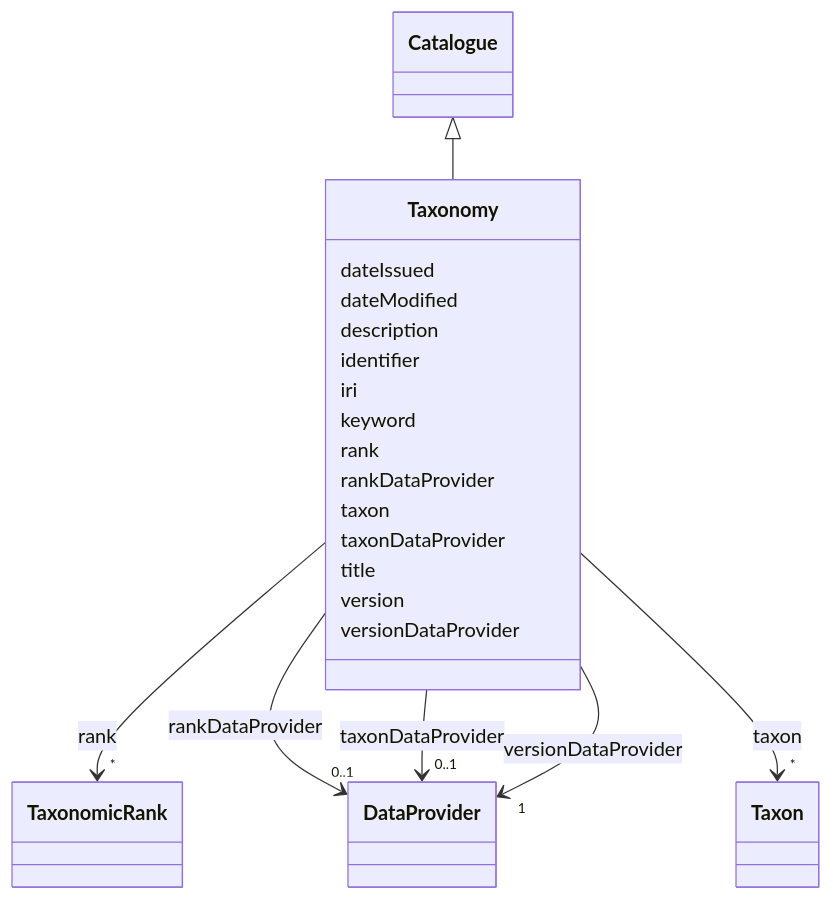
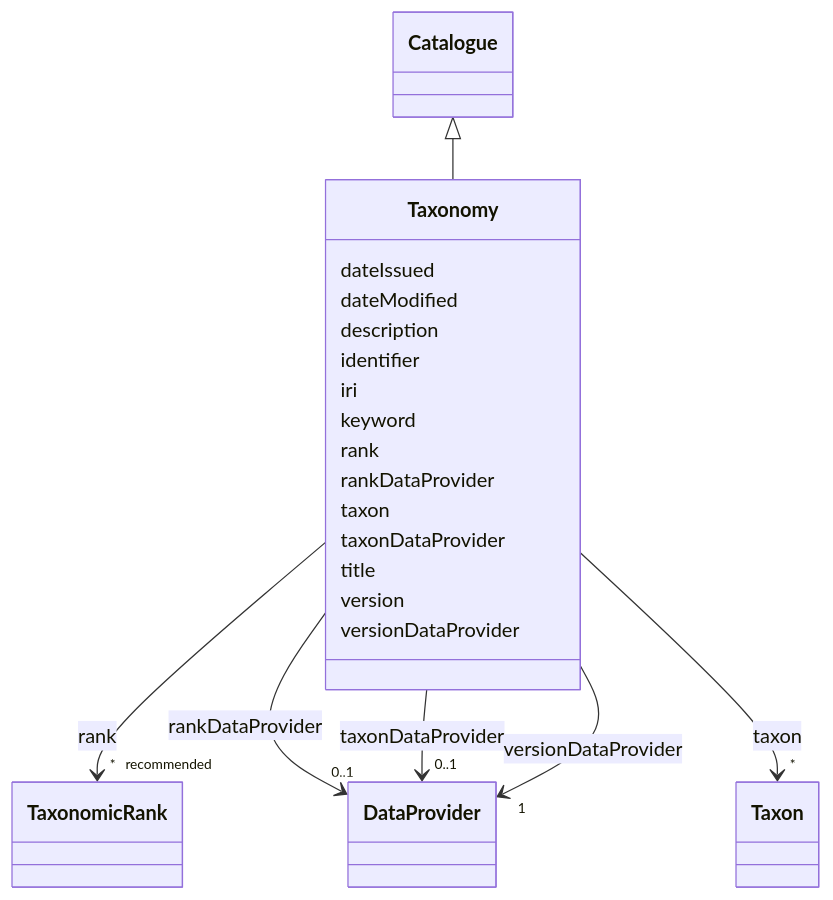
The diagram in models/docs/Taxonomy.md (EVORA-project/evora-ontology), drawn with Mermaid before and after one commit. The commit also changed other lines of this file and 189 other files, not shown here.

````diff
--- a/models/docs/Taxonomy.md
+++ b/models/docs/Taxonomy.md
@@ -19,70 +19,70 @@
 ```mermaid
  classDiagram
     class Taxonomy
     click Taxonomy href "../Taxonomy"
       Catalogue <|-- Taxonomy
         click Catalogue href "../Catalogue"
       
       Taxonomy : dateIssued
         
       Taxonomy : dateModified
         
       Taxonomy : description
         
       Taxonomy : identifier
         
       Taxonomy : iri
         
       Taxonomy : keyword
         
       Taxonomy : rank
         
           
     
     
-    Taxonomy --> "*" TaxonomicRank : rank
+    Taxonomy --> "* _recommended_" TaxonomicRank : rank
     click TaxonomicRank href "../TaxonomicRank"
 
         
       Taxonomy : rankDataProvider
         
           
     
     
     Taxonomy --> "0..1" DataProvider : rankDataProvider
     click DataProvider href "../DataProvider"
 
         
       Taxonomy : taxon
         
           
     
     
     Taxonomy --> "*" Taxon : taxon
     click Taxon href "../Taxon"
 
         
       Taxonomy : taxonDataProvider
         
           
     
     
     Taxonomy --> "0..1" DataProvider : taxonDataProvider
     click DataProvider href "../DataProvider"
 
         
       Taxonomy : title
         
       Taxonomy : version
         
       Taxonomy : versionDataProvider
         
           
     
     
     Taxonomy --> "1" DataProvider : versionDataProvider
     click DataProvider href "../DataProvider"
 
         
       
 ```
````
